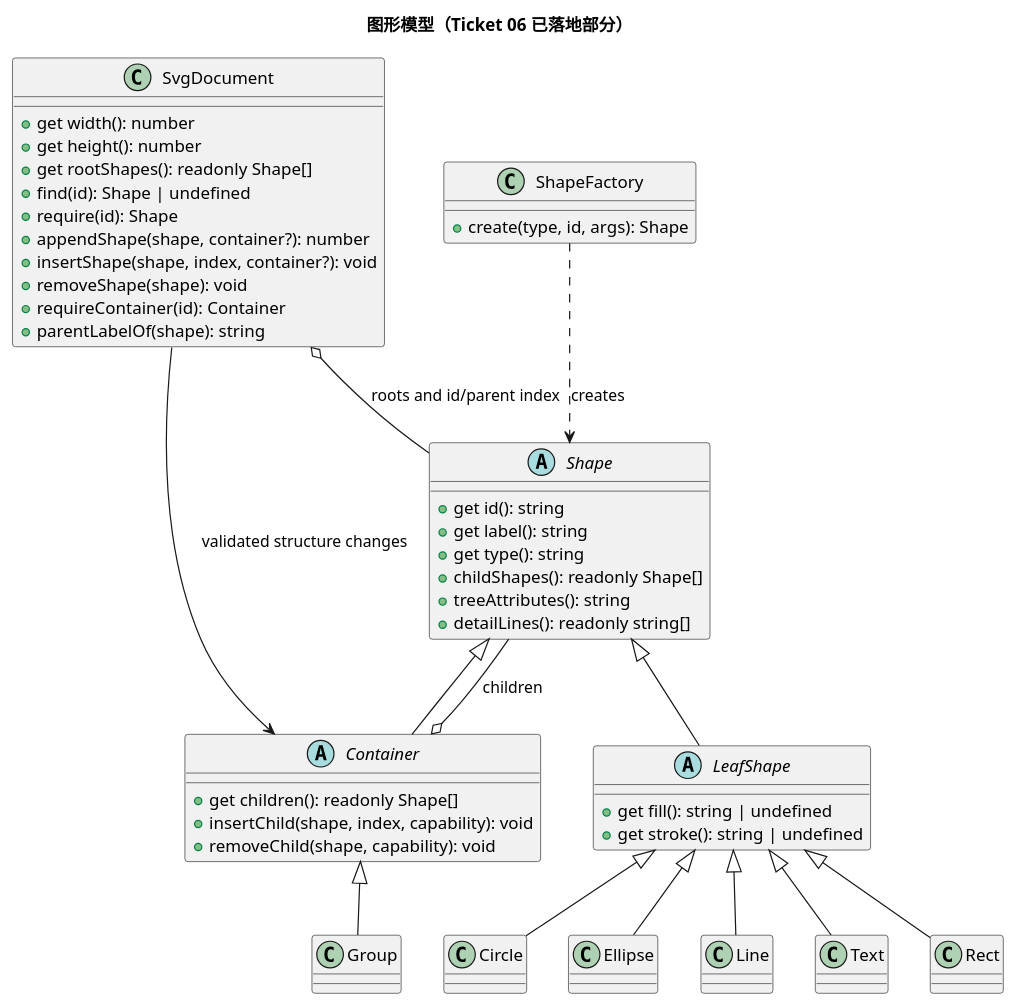
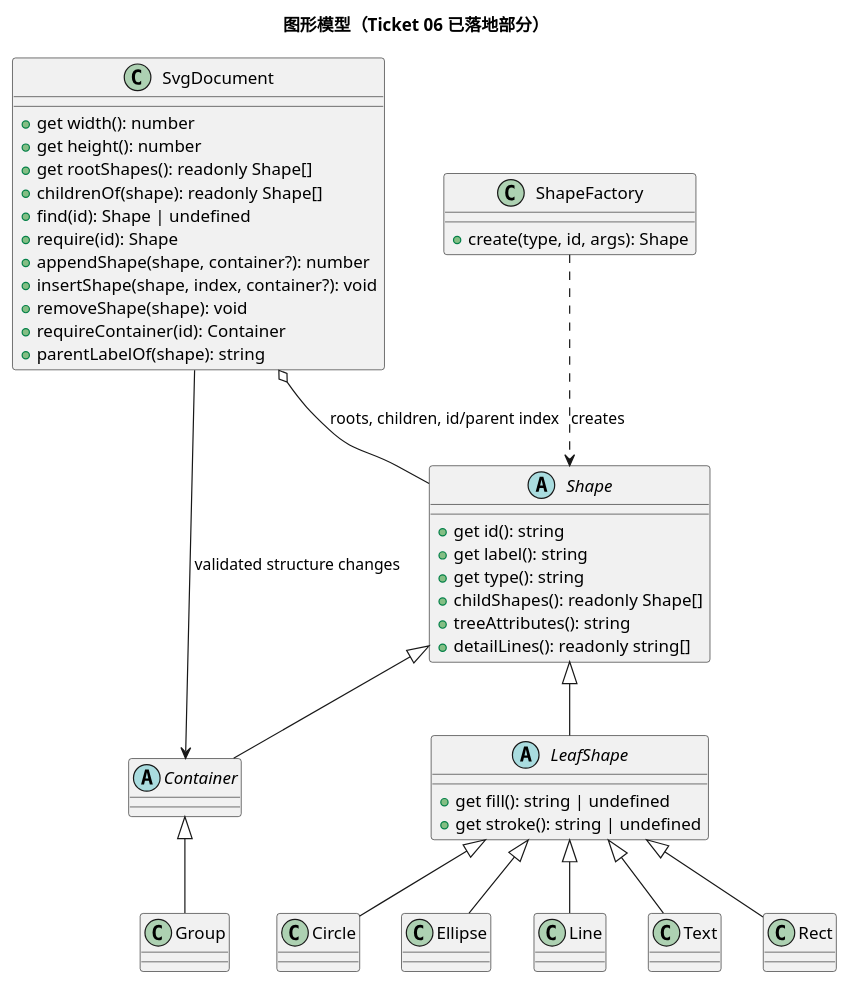
The first of 2 diagrams in doc/class-model.puml (NQC233/svg-editor-lab1), drawn with PlantUML before and after one commit. The commit also changed 1 other file, not shown here.

Commit message:
docs: record document-owned hierarchy

```diff
--- a/doc/class-model.puml
+++ b/doc/class-model.puml
@@ -1,60 +1,56 @@
 @startuml
 title 图形模型（Ticket 06 已落地部分）
 
 abstract class Shape {
   +get id(): string
   +get label(): string
   +get type(): string
   +childShapes(): readonly Shape[]
   +treeAttributes(): string
   +detailLines(): readonly string[]
 }
 
 abstract class LeafShape {
   +get fill(): string | undefined
   +get stroke(): string | undefined
 }
 
-abstract class Container {
-  +get children(): readonly Shape[]
-  +insertChild(shape, index, capability): void
-  +removeChild(shape, capability): void
-}
+abstract class Container
 
 class Group
 class Rect
 class Circle
 class Ellipse
 class Line
 class Text
 
 class SvgDocument {
   +get width(): number
   +get height(): number
   +get rootShapes(): readonly Shape[]
+  +childrenOf(shape): readonly Shape[]
   +find(id): Shape | undefined
   +require(id): Shape
   +appendShape(shape, container?): number
   +insertShape(shape, index, container?): void
   +removeShape(shape): void
   +requireContainer(id): Container
   +parentLabelOf(shape): string
 }
 
 class ShapeFactory {
   +create(type, id, args): Shape
 }
 
 Shape <|-- LeafShape
 Shape <|-- Container
 Container <|-- Group
 LeafShape <|-- Rect
 LeafShape <|-- Circle
 LeafShape <|-- Ellipse
 LeafShape <|-- Line
 LeafShape <|-- Text
-SvgDocument o-- Shape : roots and id/parent index
+SvgDocument o-- Shape : roots, children, id/parent index
 SvgDocument --> Container : validated structure changes
-Container o-- Shape : children
 ShapeFactory ..> Shape : creates
 @enduml
```
